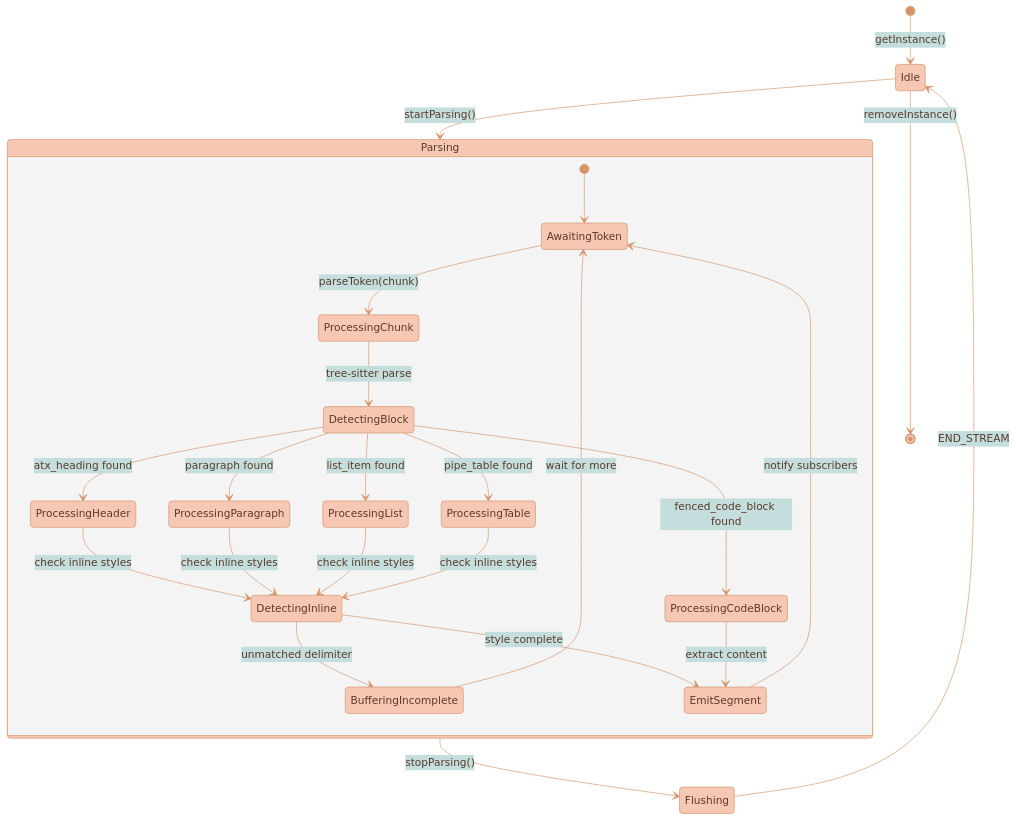
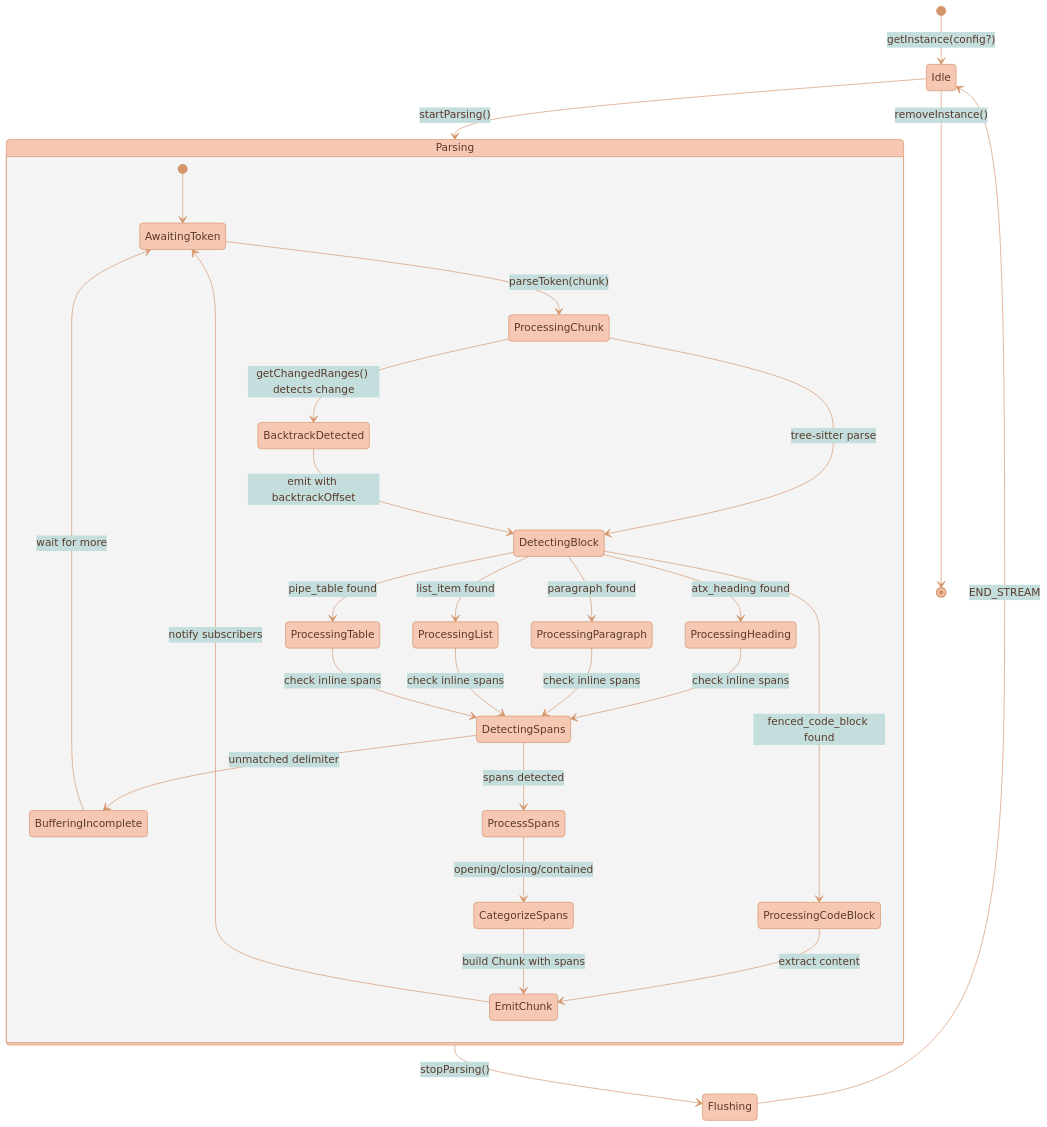
Before and after one commit to fructusmortus/markdown-stream-parser: the fourth of 4 diagrams in README.md, drawn with Mermaid. The commit also changed other lines of this file and 12 other files, not shown here.

````diff
--- a/README.md
+++ b/README.md
@@ -395,35 +553,39 @@
 ```mermaid
 %%{init: {'theme': 'base', 'themeVariables': { 'primaryColor': '#F6C7B3', 'primaryTextColor': '#5a3a2a', 'primaryBorderColor': '#d4956a', 'secondaryColor': '#C3DEDD', 'lineColor': '#d4956a', 'textColor': '#5a3a2a'}}}%%
 stateDiagram-v2
-    [*] --> Idle: getInstance()
+    [*] --> Idle: getInstance(config?)
 
     Idle --> Parsing: startParsing()
-    
+
     state Parsing {
         [*] --> AwaitingToken
-        
+
         AwaitingToken --> ProcessingChunk: parseToken(chunk)
         ProcessingChunk --> DetectingBlock: tree-sitter parse
-        DetectingBlock --> ProcessingHeader: atx_heading found
+        ProcessingChunk --> BacktrackDetected: getChangedRanges() detects change
+        BacktrackDetected --> DetectingBlock: emit with backtrackOffset
+        DetectingBlock --> ProcessingHeading: atx_heading found
         DetectingBlock --> ProcessingParagraph: paragraph found
         DetectingBlock --> ProcessingCodeBlock: fenced_code_block found
         DetectingBlock --> ProcessingList: list_item found
         DetectingBlock --> ProcessingTable: pipe_table found
-        
-        ProcessingHeader --> DetectingInline: check inline styles
-        ProcessingParagraph --> DetectingInline: check inline styles
-        ProcessingList --> DetectingInline: check inline styles
-        ProcessingTable --> DetectingInline: check inline styles
-        
-        DetectingInline --> BufferingIncomplete: unmatched delimiter
-        DetectingInline --> EmitSegment: style complete
+
+        ProcessingHeading --> DetectingSpans: check inline spans
+        ProcessingParagraph --> DetectingSpans: check inline spans
+        ProcessingList --> DetectingSpans: check inline spans
+        ProcessingTable --> DetectingSpans: check inline spans
+
+        DetectingSpans --> BufferingIncomplete: unmatched delimiter
+        DetectingSpans --> ProcessSpans: spans detected
+        ProcessSpans --> CategorizeSpans: opening/closing/contained
         BufferingIncomplete --> AwaitingToken: wait for more
-        
-        ProcessingCodeBlock --> EmitSegment: extract content
-        EmitSegment --> AwaitingToken: notify subscribers
+
+        ProcessingCodeBlock --> EmitChunk: extract content
+        CategorizeSpans --> EmitChunk: build Chunk with spans
+        EmitChunk --> AwaitingToken: notify subscribers
     }
-    
+
     Parsing --> Flushing: stopParsing()
     Flushing --> Idle: END_STREAM
     Idle --> [*]: removeInstance()
 ```
````
